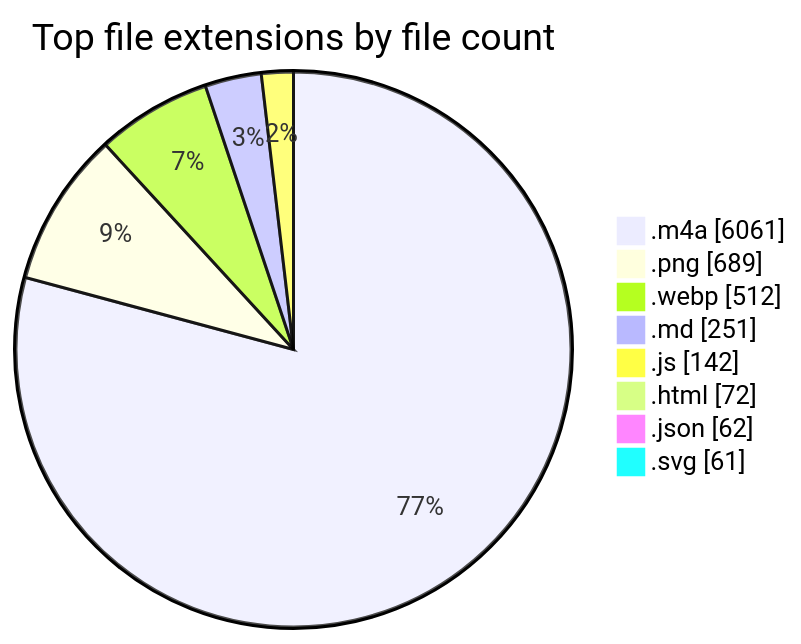
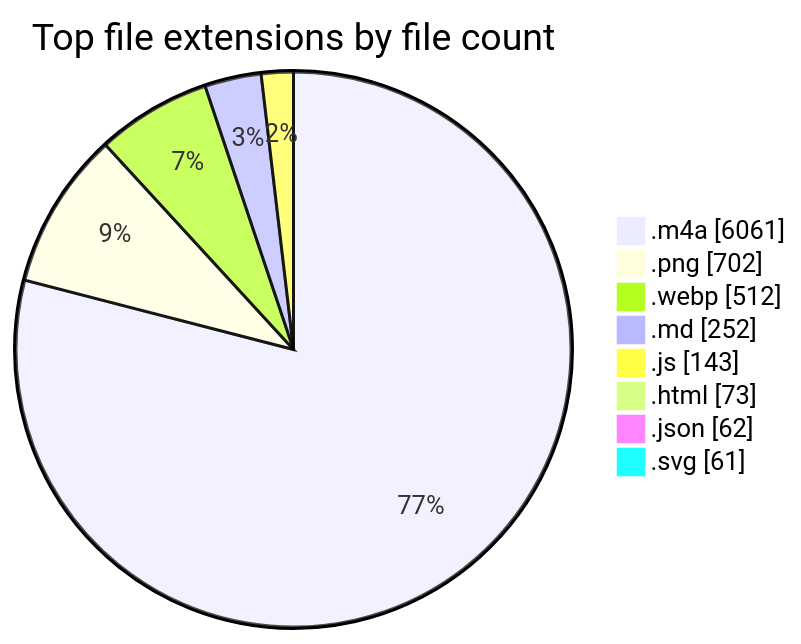
One commit to tchinso/tchinso changed the second of 2 diagrams in README.md. Above: the diagram before and after it, drawn with Mermaid. The commit also changed other lines of this file, not shown here.

````diff
--- a/README.md
+++ b/README.md
@@ -53,12 +53,12 @@
 ```mermaid
 pie showData
     title Top file extensions by file count
     ".m4a" : 6061
-    ".png" : 689
+    ".png" : 702
     ".webp" : 512
-    ".md" : 251
-    ".js" : 142
-    ".html" : 72
+    ".md" : 252
+    ".js" : 143
+    ".html" : 73
     ".json" : 62
     ".svg" : 61
 ```
````
